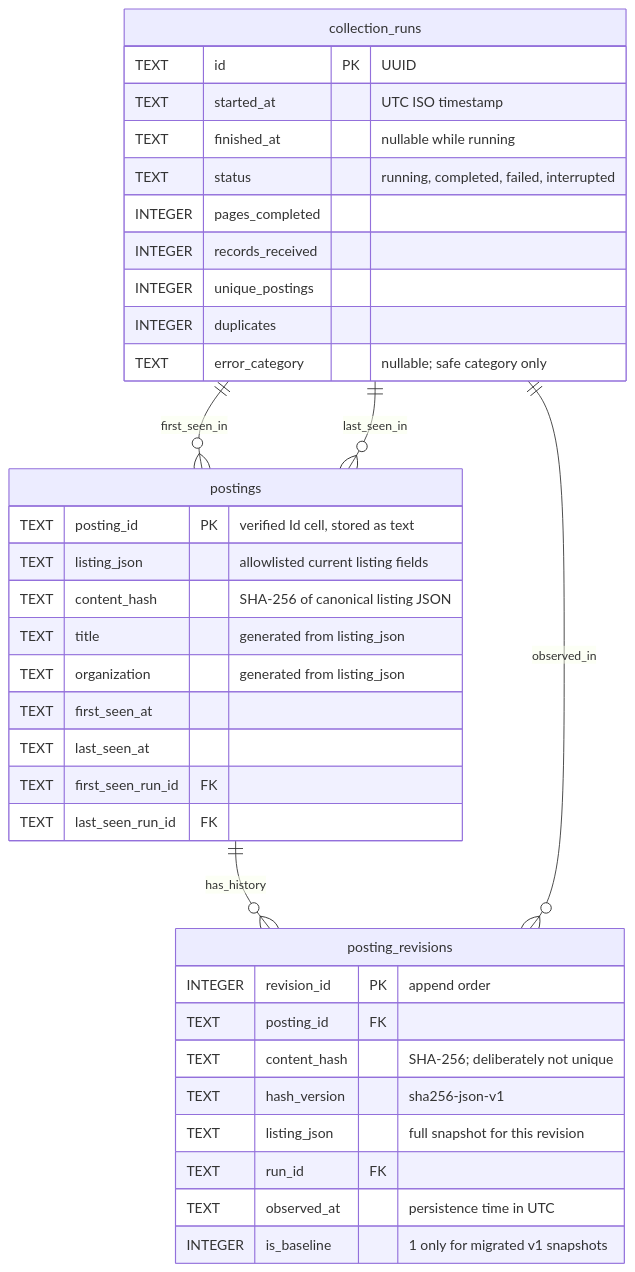
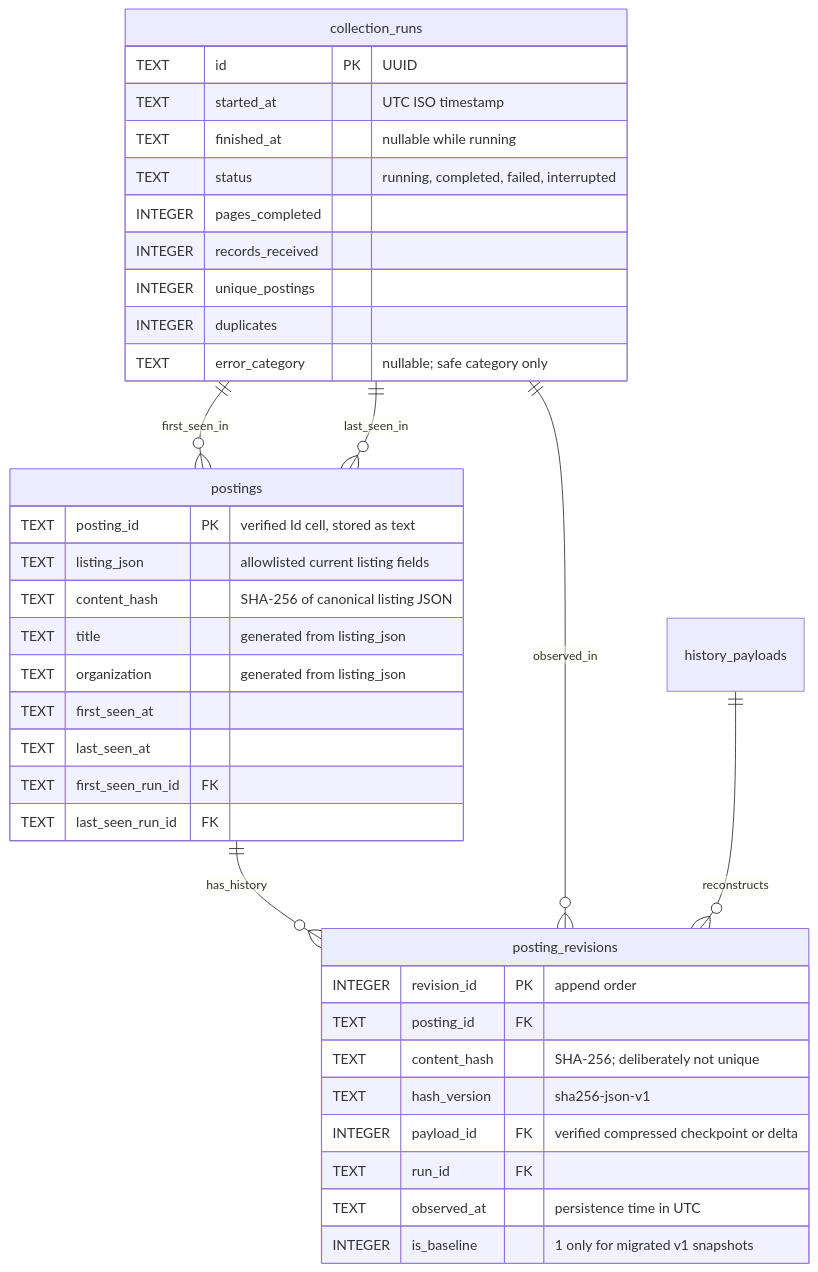
Before and after one commit to AlexZihaoXu/waterlooworks-flash-next: the diagram in README.md, drawn with Mermaid. The commit also changed other lines of this file and 204 other files, not shown here.

````diff
--- a/README.md
+++ b/README.md
@@ -96,39 +122,40 @@
 ```mermaid
 erDiagram
     collection_runs ||--o{ postings : first_seen_in
     collection_runs ||--o{ postings : last_seen_in
     postings ||--o{ posting_revisions : has_history
     collection_runs ||--o{ posting_revisions : observed_in
+    history_payloads ||--o{ posting_revisions : reconstructs
     collection_runs {
         TEXT id PK "UUID"
         TEXT started_at "UTC ISO timestamp"
         TEXT finished_at "nullable while running"
         TEXT status "running, completed, failed, interrupted"
         INTEGER pages_completed
         INTEGER records_received
         INTEGER unique_postings
         INTEGER duplicates
         TEXT error_category "nullable; safe category only"
     }
     postings {
         TEXT posting_id PK "verified Id cell, stored as text"
         TEXT listing_json "allowlisted current listing fields"
         TEXT content_hash "SHA-256 of canonical listing JSON"
         TEXT title "generated from listing_json"
         TEXT organization "generated from listing_json"
         TEXT first_seen_at
         TEXT last_seen_at
         TEXT first_seen_run_id FK
         TEXT last_seen_run_id FK
     }
     posting_revisions {
         INTEGER revision_id PK "append order"
         TEXT posting_id FK
         TEXT content_hash "SHA-256; deliberately not unique"
         TEXT hash_version "sha256-json-v1"
-        TEXT listing_json "full snapshot for this revision"
+        INTEGER payload_id FK "verified compressed checkpoint or delta"
         TEXT run_id FK
         TEXT observed_at "persistence time in UTC"
         INTEGER is_baseline "1 only for migrated v1 snapshots"
     }
 ```
````
